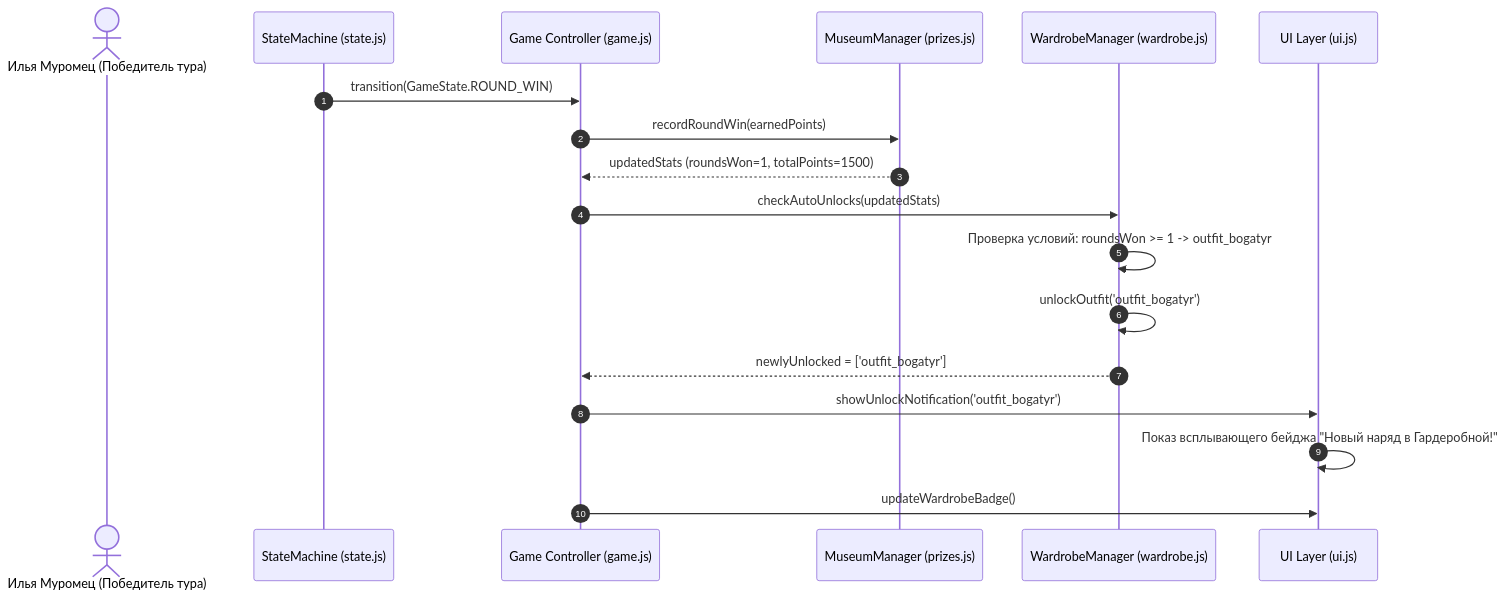
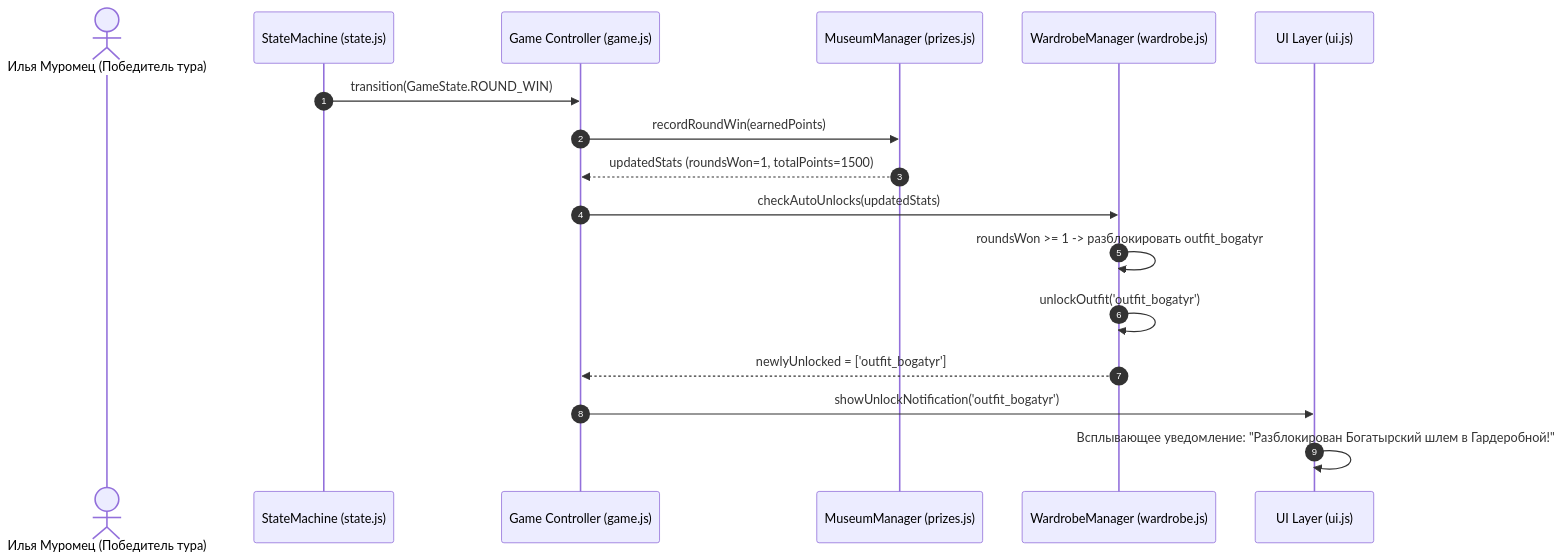
Before and after one commit to sergeibakurovus-source/pole_chudes: the fifth of 5 diagrams in docs/System_Design.md, drawn with Mermaid. The commit also changed other lines of this file, not shown here.

Commit message:
docs(arch): system architecture and interfaces [Gate 1B approved]

````diff
--- a/docs/System_Design.md
+++ b/docs/System_Design.md
@@ -565,23 +717,22 @@
 ```mermaid
 sequenceDiagram
     autonumber
     actor Player as Илья Муромец (Победитель тура)
     participant SM as StateMachine (state.js)
     participant Game as Game Controller (game.js)
     participant MM as MuseumManager (prizes.js)
     participant WM as WardrobeManager (wardrobe.js)
     participant UI as UI Layer (ui.js)
 
     SM->>Game: transition(GameState.ROUND_WIN)
     Game->>MM: recordRoundWin(earnedPoints)
     MM-->>Game: updatedStats (roundsWon=1, totalPoints=1500)
     
     Game->>WM: checkAutoUnlocks(updatedStats)
-    WM->>WM: Проверка условий: roundsWon >= 1 -> outfit_bogatyr
+    WM->>WM: roundsWon >= 1 -> разблокировать outfit_bogatyr
     WM->>WM: unlockOutfit('outfit_bogatyr')
     WM-->>Game: newlyUnlocked = ['outfit_bogatyr']
     
     Game->>UI: showUnlockNotification('outfit_bogatyr')
-    UI->>UI: Показ всплывающего бейджа "Новый наряд в Гардеробной!"
-    Game->>UI: updateWardrobeBadge()
+    UI->>UI: Всплывающее уведомление: "Разблокирован Богатырский шлем в Гардеробной!"
 ```
````
